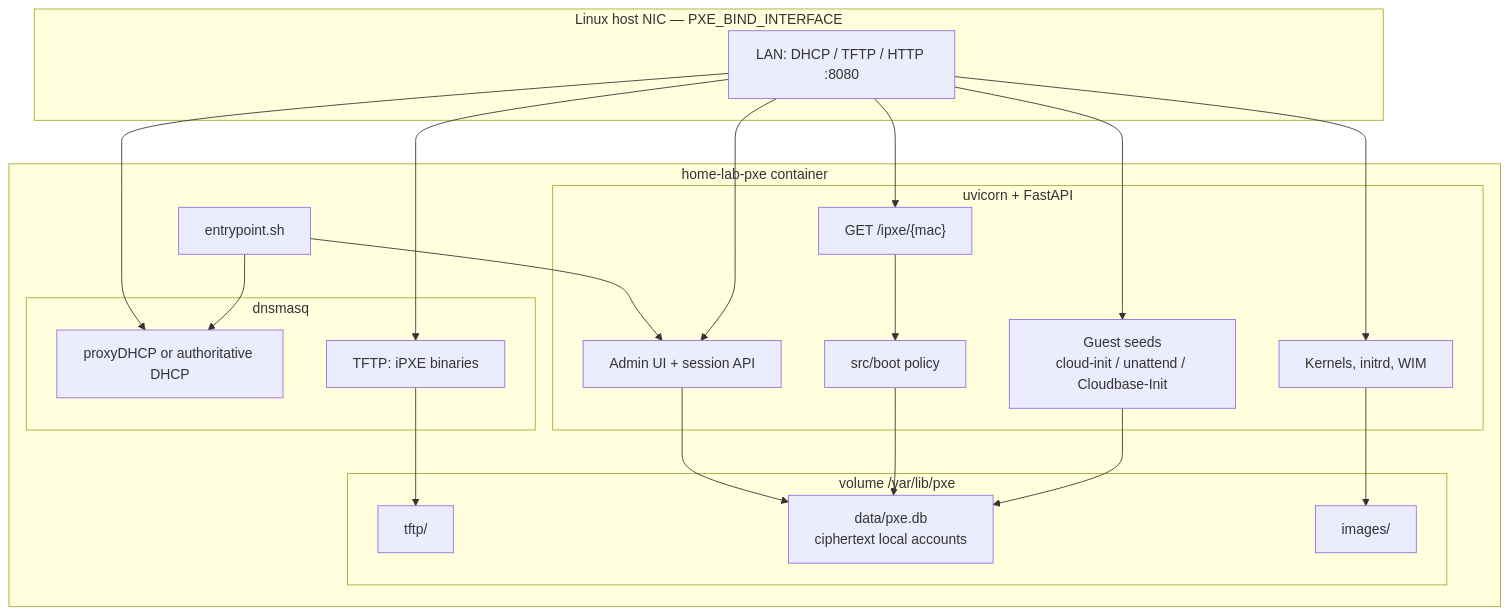
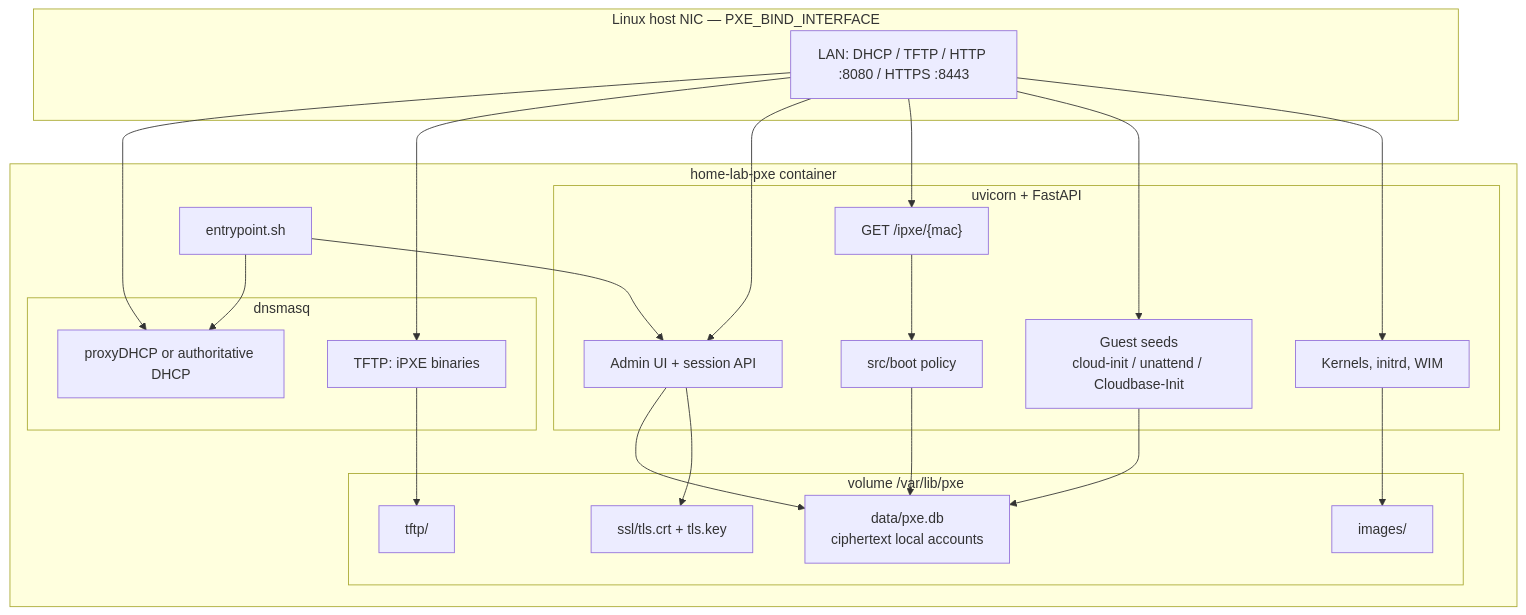
One commit to hometinker12/home-lab-pxe changed the first of 24 diagrams in ARCHITECTURE.md. Above: the diagram before and after it, drawn with Mermaid. The commit also changed other lines of this file and 47 other files, not shown here.

First line of the commit message:
Ship console DHCP, images, HTTPS, and Docker Hub publish

````diff
--- a/ARCHITECTURE.md
+++ b/ARCHITECTURE.md
@@ -9,45 +9,47 @@
 ```mermaid
 flowchart TB
   subgraph host["Linux host NIC — PXE_BIND_INTERFACE"]
-    LAN["LAN: DHCP / TFTP / HTTP :8080"]
+    LAN["LAN: DHCP / TFTP / HTTP :8080 / HTTPS :8443"]
   end
 
   subgraph ctr["home-lab-pxe container"]
     EP["entrypoint.sh"]
 
     subgraph dns["dnsmasq"]
       DHCP["proxyDHCP or authoritative DHCP"]
       TFTP["TFTP: iPXE binaries"]
     end
 
     subgraph app["uvicorn + FastAPI"]
       UI["Admin UI + session API"]
       IPXE["GET /ipxe/{mac}"]
       SEED["Guest seeds<br/>cloud-init / unattend / Cloudbase-Init"]
       FILES["Kernels, initrd, WIM"]
       POL["src/boot policy"]
     end
 
     subgraph vol["volume /var/lib/pxe"]
       DATA["data/pxe.db<br/>ciphertext local accounts"]
       IMG["images/"]
       TFTPD["tftp/"]
+      SSL["ssl/tls.crt + tls.key"]
     end
   end
 
   LAN --> DHCP
   LAN --> TFTP
   LAN --> UI
   LAN --> IPXE
   LAN --> SEED
   LAN --> FILES
 
   EP --> DHCP
   EP --> UI
   IPXE --> POL
   POL --> DATA
   SEED --> DATA
   UI --> DATA
   TFTP --> TFTPD
   FILES --> IMG
+  UI --> SSL
 ```
````
